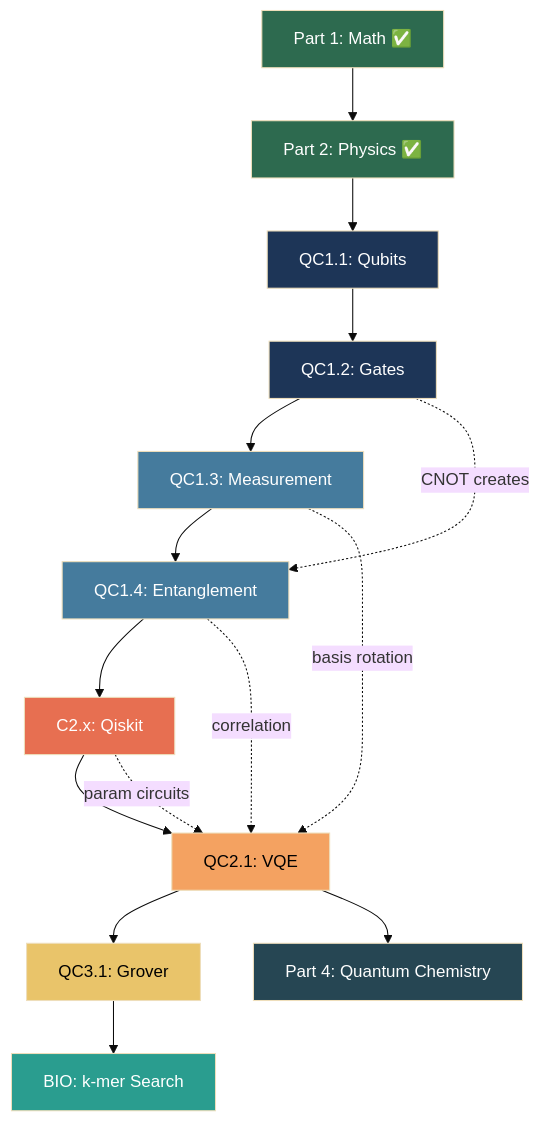
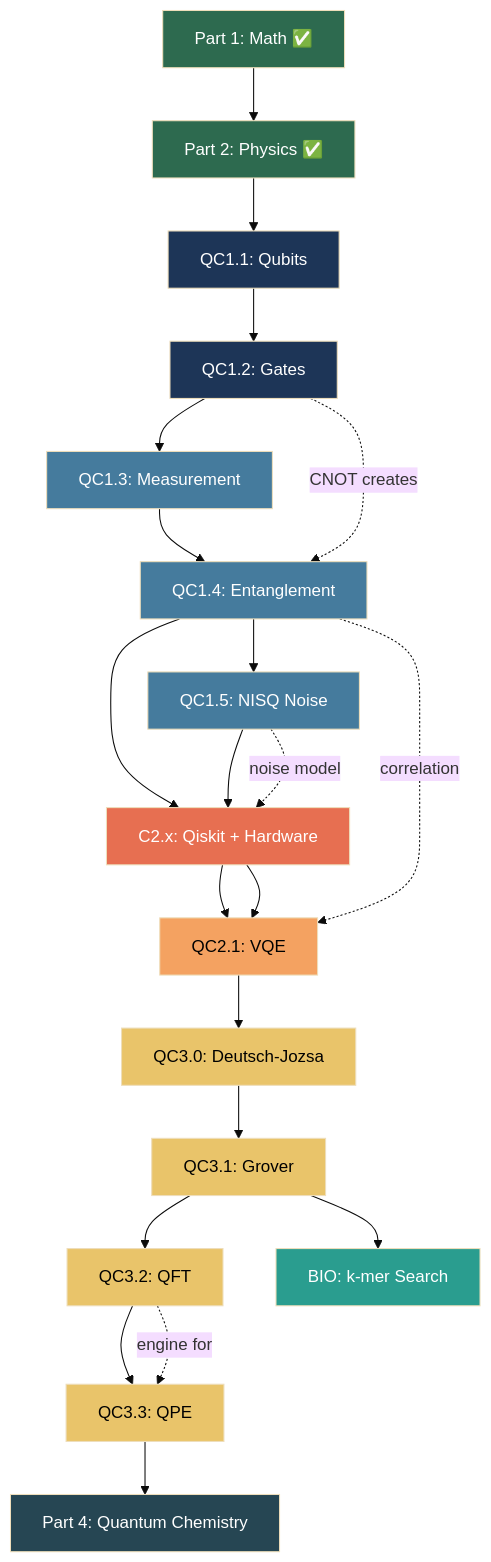
One commit to swstikk/future_palning changed the diagram in quantum_bio/quantum_deep_syllabus_part3.md. Above: the diagram before and after it, drawn with Mermaid (base theme). The commit also changed other lines of this file and 1 other file, not shown here.

````diff
--- a/quantum_bio/quantum_deep_syllabus_part3.md
+++ b/quantum_bio/quantum_deep_syllabus_part3.md
@@ -794,31 +1227,41 @@
 ```mermaid
 graph TD
     P1["Part 1: Math ✅"] --> P2["Part 2: Physics ✅"]
     P2 --> QC11["QC1.1: Qubits"]
     QC11 --> QC12["QC1.2: Gates"]
     QC12 --> QC13["QC1.3: Measurement"]
     QC13 --> QC14["QC1.4: Entanglement"]
     QC14 --> C2["C2.x: Qiskit"]
     C2 --> QC21["QC2.1: VQE"]
-    QC21 --> QC31["QC3.1: Grover"]
+    QC14 --> QC15["QC1.5: NISQ Noise"]
+    QC15 --> C2["C2.x: Qiskit + Hardware"]
+    C2 --> QC21["QC2.1: VQE"]
+    QC21 --> QC30["QC3.0: Deutsch-Jozsa"]
+    QC30 --> QC31["QC3.1: Grover"]
+    QC31 --> QC32["QC3.2: QFT"]
+    QC32 --> QC33["QC3.3: QPE"]
     
     QC12 -.->|"CNOT creates"| QC14
-    QC13 -.->|"basis rotation"| QC21
+    QC15 -.->|"noise model"| C2
     QC14 -.->|"correlation"| QC21
-    C2 -.->|"param circuits"| QC21
+    QC32 -.->|"engine for"| QC33
     
-    QC21 --> P4["Part 4: Quantum Chemistry"]
+    QC33 --> P4["Part 4: Quantum Chemistry"]
     QC31 --> BIO["BIO: k-mer Search"]
     
     style P1 fill:#2d6a4f,color:#fff
     style P2 fill:#2d6a4f,color:#fff
     style QC11 fill:#1d3557,color:#fff
     style QC12 fill:#1d3557,color:#fff
     style QC13 fill:#457b9d,color:#fff
     style QC14 fill:#457b9d,color:#fff
     style C2 fill:#e76f51,color:#fff
     style QC21 fill:#f4a261,color:#000
+    style QC15 fill:#457b9d,color:#fff
+    style QC30 fill:#e9c46a,color:#000
     style QC31 fill:#e9c46a,color:#000
+    style QC32 fill:#e9c46a,color:#000
+    style QC33 fill:#e9c46a,color:#000
     style P4 fill:#264653,color:#fff
     style BIO fill:#2a9d8f,color:#fff
 ```
````
